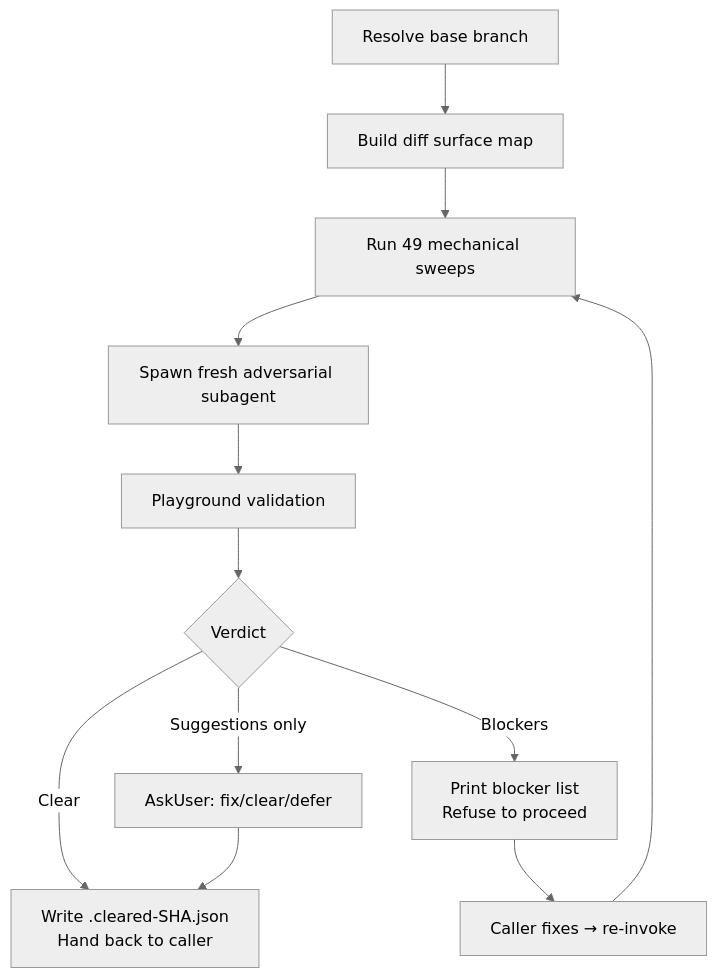
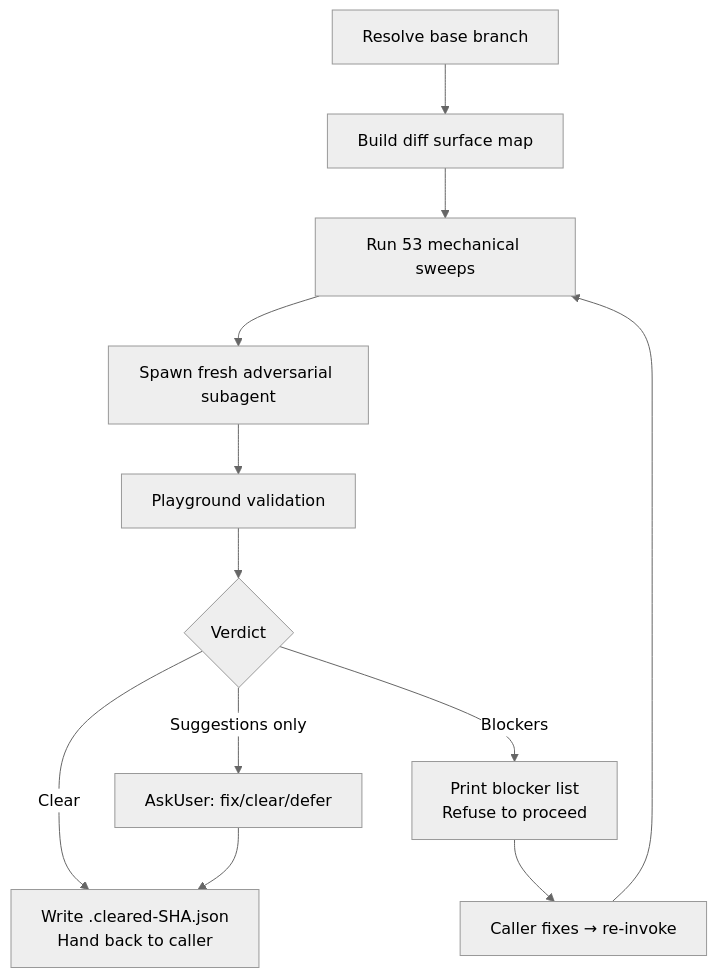
Before and after one commit to whizzzkid/skills: the diagram in skills/adversarial-review/README.md, drawn with Mermaid (neutral theme). The commit also changed other lines of this file and 20 other files, not shown here.

````diff
--- a/skills/adversarial-review/README.md
+++ b/skills/adversarial-review/README.md
@@ -16,14 +16,14 @@
 ```mermaid
 flowchart TD
     A[Resolve base branch] --> B[Build diff surface map]
-    B --> C[Run 49 mechanical sweeps]
+    B --> C[Run 53 mechanical sweeps]
     C --> D[Spawn fresh adversarial subagent]
     D --> E[Playground validation]
     E --> F{Verdict}
     F -->|Clear| G[Write .cleared-SHA.json<br/>Hand back to caller]
     F -->|Blockers| H[Print blocker list<br/>Refuse to proceed]
     F -->|Suggestions only| I[AskUser: fix/clear/defer]
     H --> J[Caller fixes → re-invoke]
     J --> C
     I --> G
 ```
````
